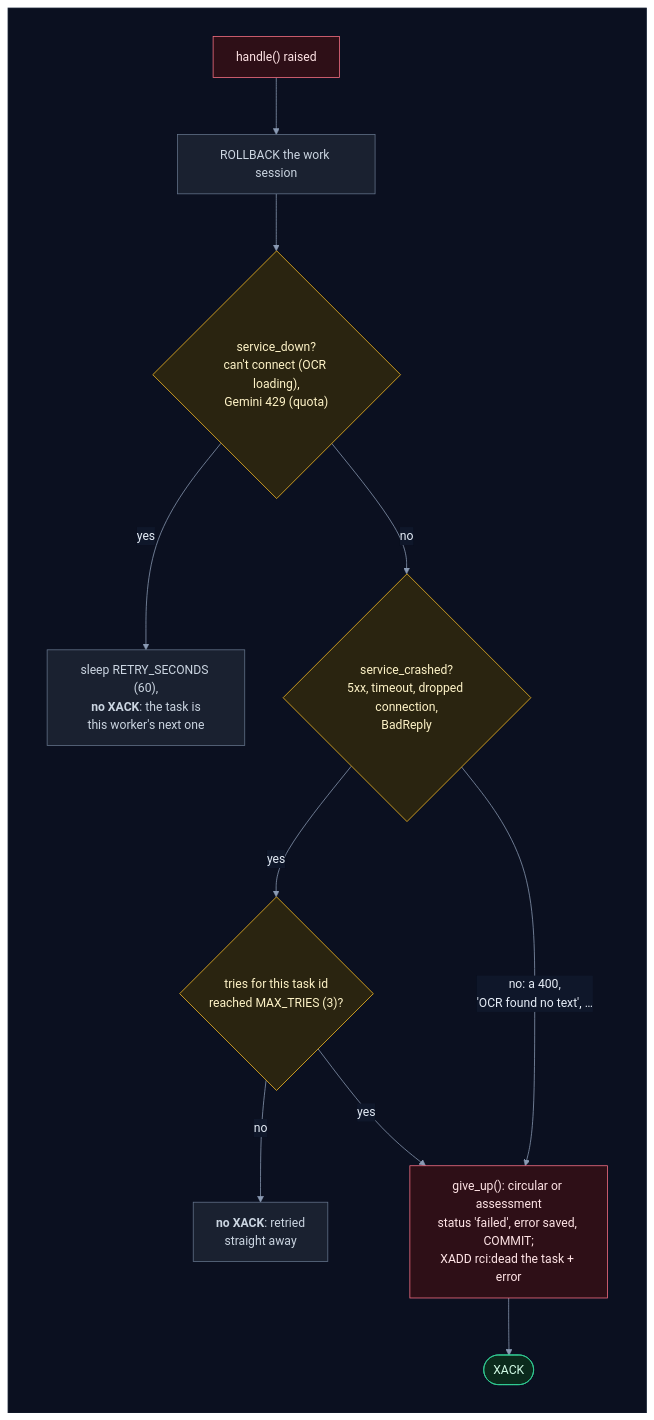
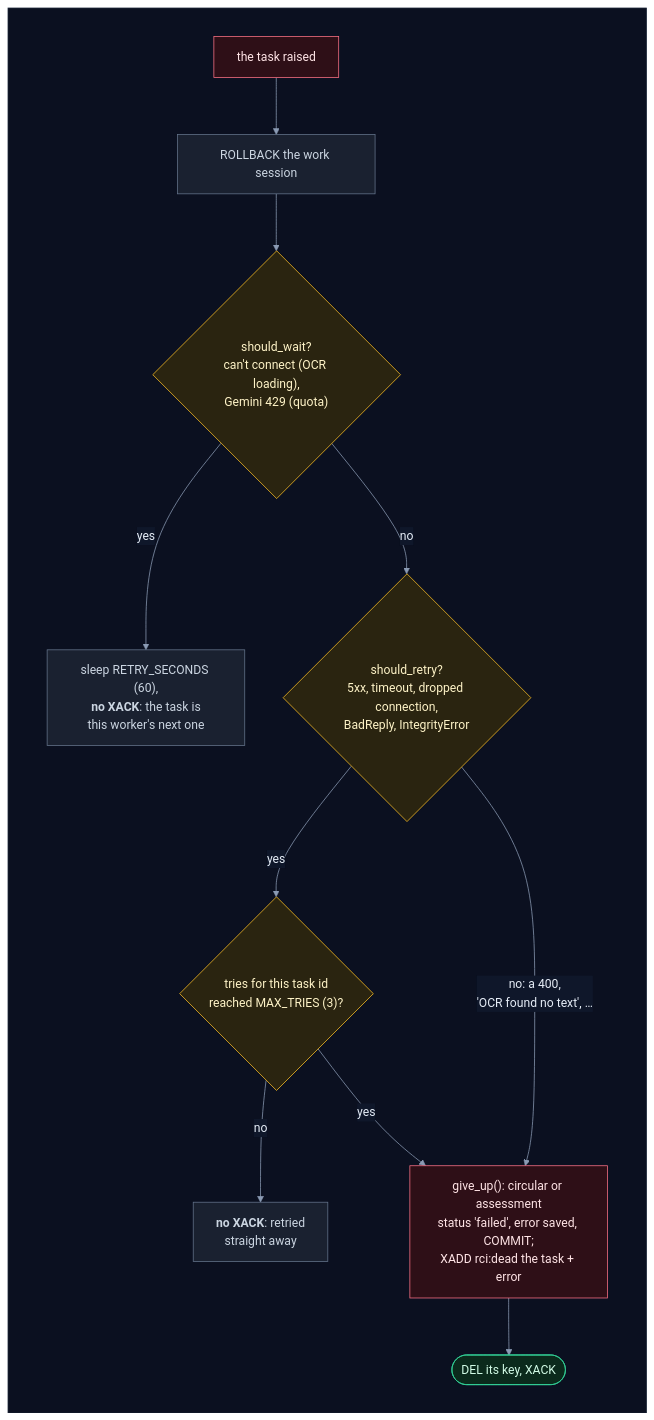
One commit to selvakumarperumal/Regulatory_Circular_Impact_Agent changed diagram 18 of 19 in backend/worker/INTERNALS.md. Above: the diagram before and after it, drawn with Mermaid. The commit also changed other lines of this file and 7 other files, not shown here.

````diff
--- a/backend/worker/INTERNALS.md
+++ b/backend/worker/INTERNALS.md
@@ -917,33 +885,33 @@
 ```mermaid
 %%{init: {"theme": "base", "flowchart": {"diagramPadding": 0}, "themeVariables": {"darkMode": true, "primaryColor": "#16213a", "primaryTextColor": "#e6edf7", "primaryBorderColor": "#475a7a", "lineColor": "#8b9bb4", "secondaryColor": "#1b2436", "tertiaryColor": "#101a2e", "edgeLabelBackground": "#0f172a", "textColor": "#e2e8f0", "clusterBkg": "#0f1728", "clusterBorder": "#2b3a55", "titleColor": "#c4b5fd", "nodeTextColor": "#e6edf7"}}}%%
 flowchart TD
     subgraph canvas[" "]
         direction TB
-        err["handle() raised"] --> rb["ROLLBACK the work session"]
-        rb --> down{"service_down?<br/>can't connect (OCR loading),<br/>Gemini 429 (quota)"}
+        err["the task raised"] --> rb["ROLLBACK the work session"]
+        rb --> down{"should_wait?<br/>can't connect (OCR loading),<br/>Gemini 429 (quota)"}
         down -->|"yes"| wait["sleep RETRY_SECONDS (60),<br/><b>no XACK</b>: the task is<br/>this worker's next one"]
-        down -->|"no"| crashed{"service_crashed?<br/>5xx, timeout, dropped connection,<br/>BadReply"}
-        crashed -->|"yes"| count{"tries for this task id<br/>reached MAX_TRIES (3)?"}
-        count -->|"no"| retry["<b>no XACK</b>: retried<br/>straight away"]
+        down -->|"no"| retry{"should_retry?<br/>5xx, timeout, dropped connection,<br/>BadReply, IntegrityError"}
+        retry -->|"yes"| count{"tries for this task id<br/>reached MAX_TRIES (3)?"}
+        count -->|"no"| again["<b>no XACK</b>: retried<br/>straight away"]
         count -->|"yes"| give
-        crashed -->|"no: a 400,<br/>'OCR found no text', …"| give["give_up(): circular or assessment<br/>status 'failed', error saved, COMMIT;<br/>XADD rci:dead the task + error"]
-        give --> ack(["XACK"])
+        retry -->|"no: a 400,<br/>'OCR found no text', …"| give["give_up(): circular or assessment<br/>status 'failed', error saved, COMMIT;<br/>XADD rci:dead the task + error"]
+        give --> ack(["DEL its key, XACK"])
     end
     classDef svc fill:#0e2a2c,stroke:#2dd4bf,color:#ccfbf1
     classDef data fill:#1c1a47,stroke:#818cf8,color:#e0e7ff
     classDef ext fill:#2a1640,stroke:#c084fc,color:#f3e8ff
     classDef gpu fill:#2d1b0c,stroke:#fb923c,color:#ffedd5
     classDef ask fill:#2a2410,stroke:#fbbf24,color:#fef3c7
     classDef ok fill:#0b2a1c,stroke:#34d399,color:#d1fae5
     classDef bad fill:#2e0f17,stroke:#fb7185,color:#ffe4e6
     classDef start fill:#1c2a0e,stroke:#a7ef6f,color:#ecfccb
     classDef muted fill:#1a2130,stroke:#64748b,color:#cbd5e1
     classDef queue fill:#0c2231,stroke:#38bdf8,color:#e0f2fe
     class err bad
     class rb muted
-    class down,crashed,count ask
-    class wait,retry muted
+    class down,retry,count ask
+    class wait,again muted
     class give bad
     class ack ok
     style canvas fill:#0b1020,stroke:#1e293b,color:#0b1020
 ```
````
